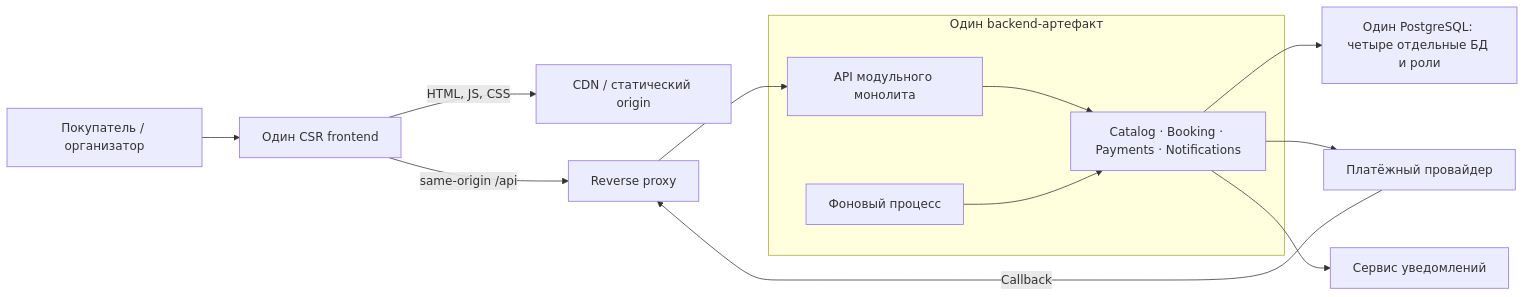
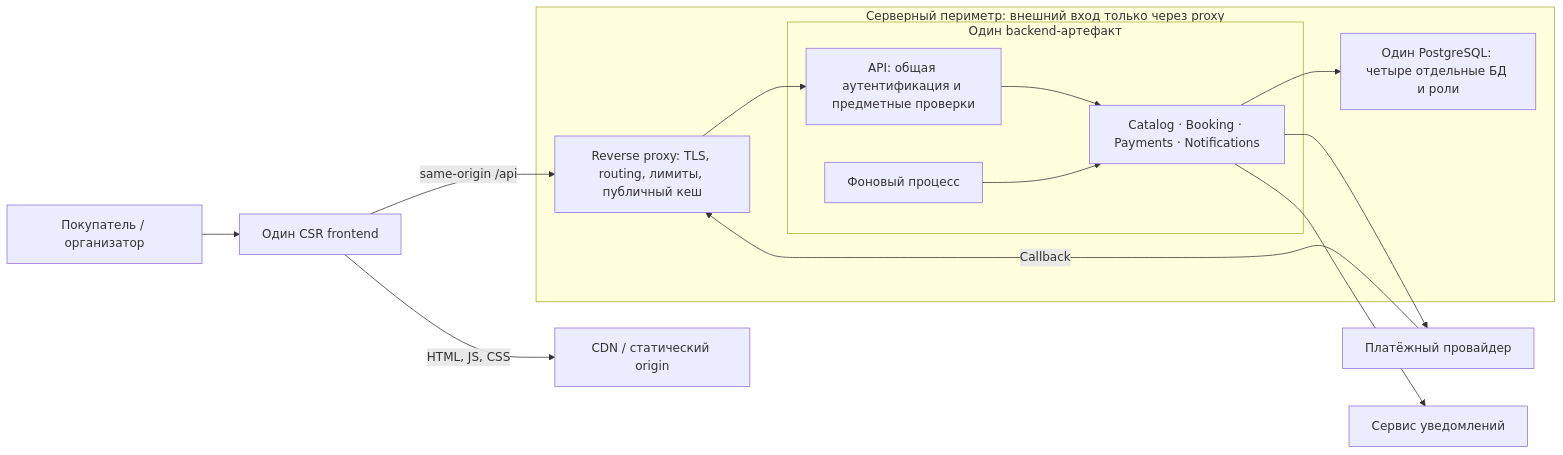
The diagram in docs/frontend-architecture.md (TIR44/event-ticket-booking), drawn with Mermaid before and after one commit. The commit also changed other lines of this file and 7 other files, not shown here.

````diff
--- a/docs/frontend-architecture.md
+++ b/docs/frontend-architecture.md
@@ -11,18 +11,20 @@
 ```mermaid
 flowchart LR
     buyer["Покупатель / организатор"] --> web["Один CSR frontend"]
     web -->|"HTML, JS, CSS"| cdn["CDN / статический origin"]
-    web -->|"same-origin /api"| proxy["Reverse proxy"]
-    proxy --> api["API модульного монолита"]
-    subgraph backend["Один backend-артефакт"]
-        api
-        worker["Фоновый процесс"]
-        modules["Catalog · Booking · Payments · Notifications"]
-        api --> modules
-        worker --> modules
+    web -->|"same-origin /api"| proxy
+    subgraph perimeter["Серверный периметр: внешний вход только через proxy"]
+        proxy["Reverse proxy: TLS, routing, лимиты, публичный кеш"] --> api
+        subgraph backend["Один backend-артефакт"]
+            api["API: общая аутентификация и предметные проверки"]
+            worker["Фоновый процесс"]
+            modules["Catalog · Booking · Payments · Notifications"]
+            api --> modules
+            worker --> modules
+        end
+        modules --> data["Один PostgreSQL: четыре отдельные БД и роли"]
     end
-    modules --> data["Один PostgreSQL: четыре отдельные БД и роли"]
     modules --> payment["Платёжный провайдер"]
     modules --> notifications["Сервис уведомлений"]
     payment -->|"Callback"| proxy
 ```
````
